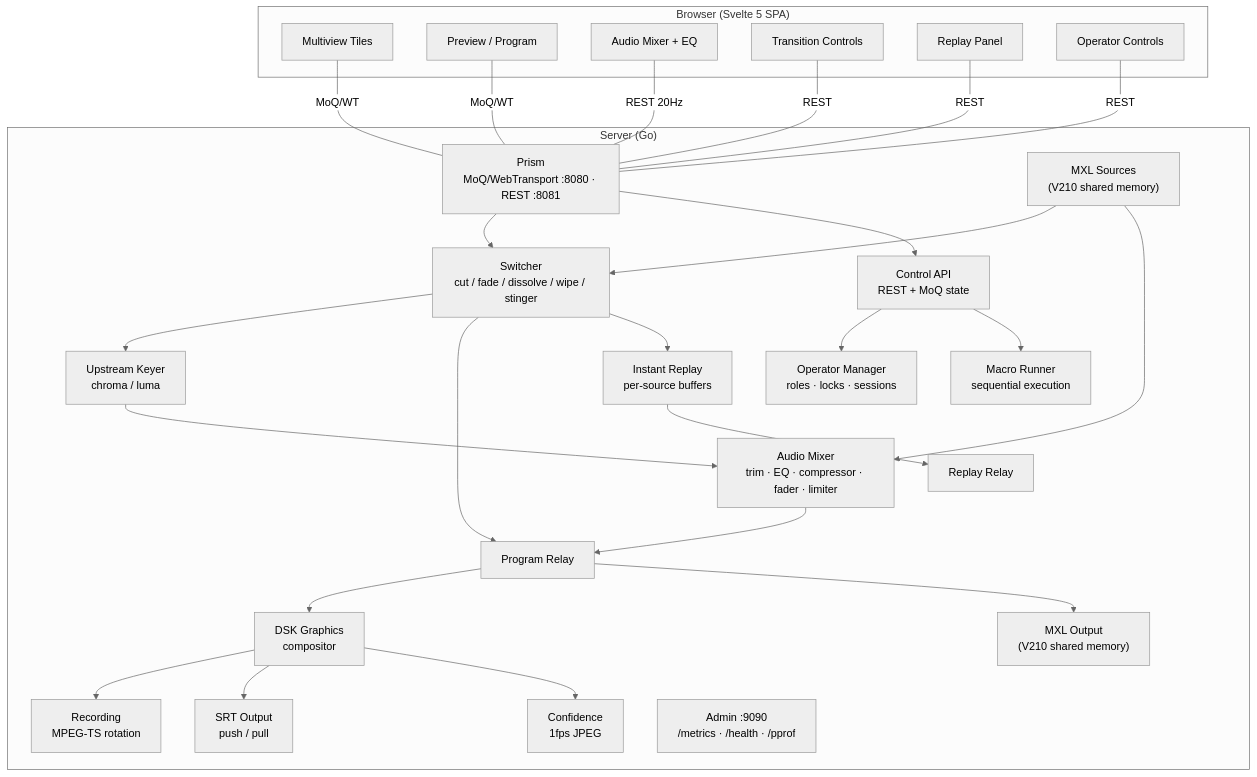
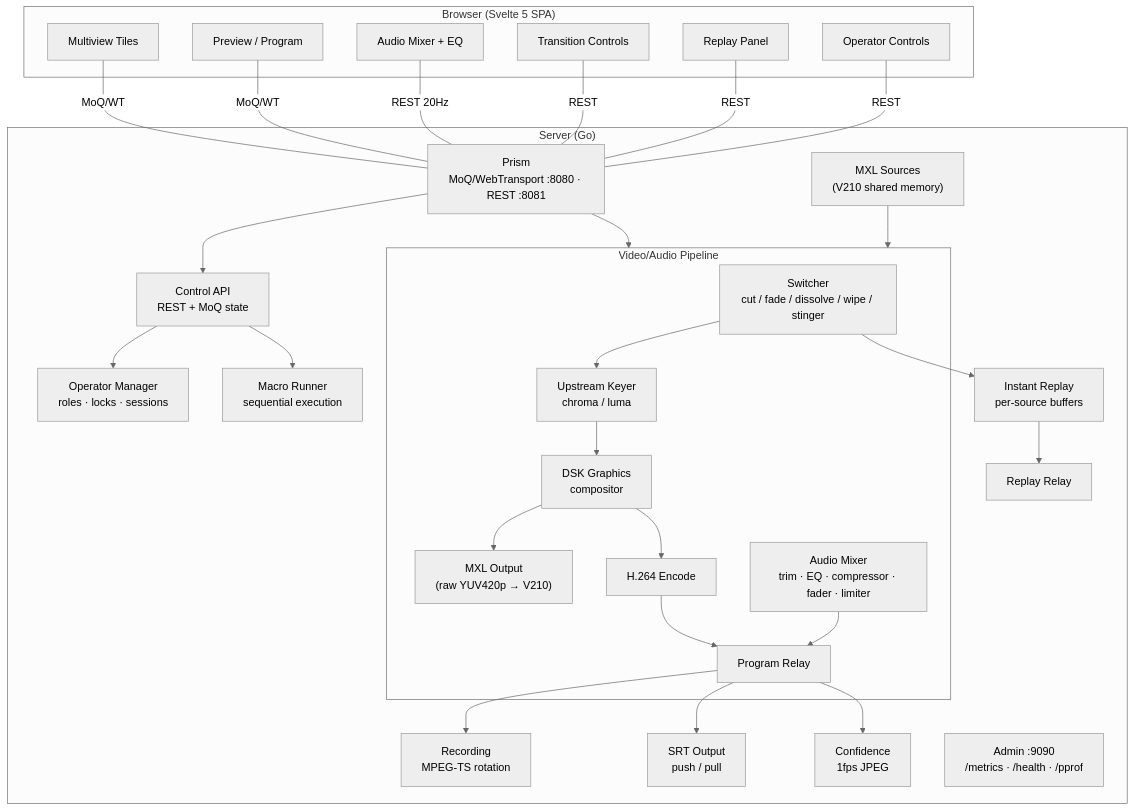
The diagram in README.md (zsiec/switchframe), drawn with Mermaid (neutral theme) before and after one commit. The commit also changed other lines of this file and 4 other files, not shown here.

First line of the commit message:
Refactor pipeline diagram and update MXL links

````diff
--- a/README.md
+++ b/README.md
@@ -261,40 +261,45 @@
 ```mermaid
 graph TD
     subgraph browser["Browser (Svelte 5 SPA)"]
         mv["Multiview Tiles"]
         pp["Preview / Program"]
         am["Audio Mixer + EQ"]
         tc["Transition Controls"]
         rp["Replay Panel"]
         op["Operator Controls"]
     end
 
     mv ---|"MoQ/WT"| prism
     pp ---|"MoQ/WT"| prism
     am ---|"REST 20Hz"| prism
     tc ---|"REST"| prism
     rp ---|"REST"| prism
     op ---|"REST"| prism
 
     subgraph server["Server (Go)"]
         prism["Prism<br/>MoQ/WebTransport :8080 · REST :8081"]
-        mxlIn["MXL Sources<br/>(V210 shared memory)"] --> switcher
-        mxlIn --> mixer
-        prism --> switcher["Switcher<br/>cut / fade / dissolve / wipe / stinger"]
+        mxlIn["MXL Sources<br/>(V210 shared memory)"] --> pipeline
+        prism --> pipeline
         prism --> api["Control API<br/>REST + MoQ state"]
-        switcher --> keyer["Upstream Keyer<br/>chroma / luma"]
-        keyer --> mixer["Audio Mixer<br/>trim · EQ · compressor · fader · limiter"]
-        switcher --> relay["Program Relay"]
-        mixer --> relay
-        relay --> dsk["DSK Graphics<br/>compositor"]
-        dsk --> rec["Recording<br/>MPEG-TS rotation"]
-        dsk --> srt["SRT Output<br/>push / pull"]
-        dsk --> conf["Confidence<br/>1fps JPEG"]
+
+        subgraph pipeline["Video/Audio Pipeline"]
+            switcher["Switcher<br/>cut / fade / dissolve / wipe / stinger"]
+            switcher --> keyer["Upstream Keyer<br/>chroma / luma"]
+            keyer --> dsk["DSK Graphics<br/>compositor"]
+            dsk --> mxlOut["MXL Output<br/>(raw YUV420p → V210)"]
+            dsk --> encode["H.264 Encode"]
+            encode --> relay["Program Relay"]
+            mixer["Audio Mixer<br/>trim · EQ · compressor · fader · limiter"]
+            mixer --> relay
+        end
+
+        relay --> rec["Recording<br/>MPEG-TS rotation"]
+        relay --> srt["SRT Output<br/>push / pull"]
+        relay --> conf["Confidence<br/>1fps JPEG"]
         switcher --> replay["Instant Replay<br/>per-source buffers"]
         replay --> replayRelay["Replay Relay"]
         api --> operators["Operator Manager<br/>roles · locks · sessions"]
         api --> macros["Macro Runner<br/>sequential execution"]
-        relay --> mxlOut["MXL Output<br/>(V210 shared memory)"]
         admin["Admin :9090<br/>/metrics · /health · /pprof"]
     end
 ```
````
